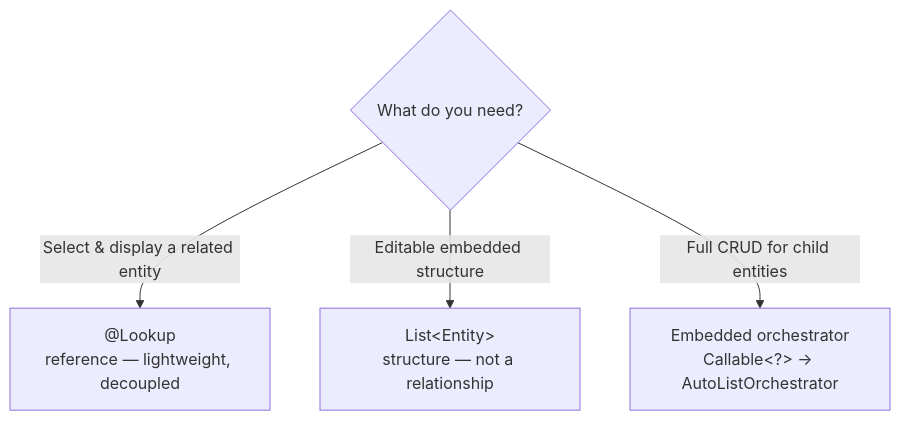
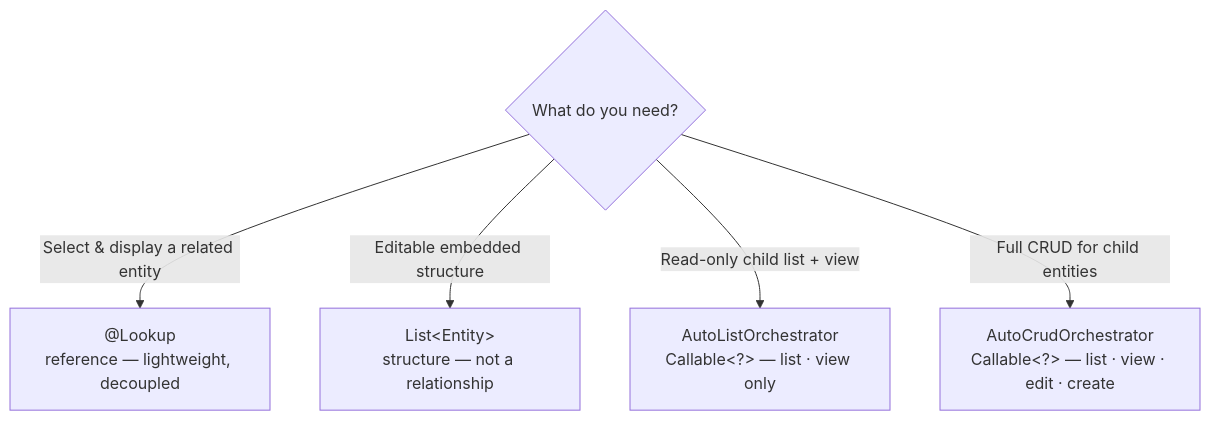
Before and after one commit to miguelperezcolom/mateu: the diagram in doc/src/content/docs/java-user-manual/build/relationships-vs-embedded-cruds.md, drawn with Mermaid. The commit also changed other lines of this file and 2 other files, not shown here.

First line of the commit message:
Document AutoListOrchestrator and fix incorrect claims in existing docs

````diff
--- a/doc/src/content/docs/java-user-manual/build/relationships-vs-embedded-cruds.md
+++ b/doc/src/content/docs/java-user-manual/build/relationships-vs-embedded-cruds.md
@@ -79,7 +81,8 @@
 ```mermaid
 flowchart TD
     Q{What do you need?}
     Q -->|Select & display a related entity| L["@Lookup\nreference — lightweight, decoupled"]
     Q -->|Editable embedded structure| S["List&lt;Entity&gt;\nstructure — not a relationship"]
-    Q -->|Full CRUD for child entities| E["Embedded orchestrator\nCallable&lt;?&gt; → AutoListOrchestrator"]
+    Q -->|Read-only child list + view| E["AutoListOrchestrator\nCallable&lt;?&gt; — list · view only"]
+    Q -->|Full CRUD for child entities| F["AutoCrudOrchestrator\nCallable&lt;?&gt; — list · view · edit · create"]
 ```
````
